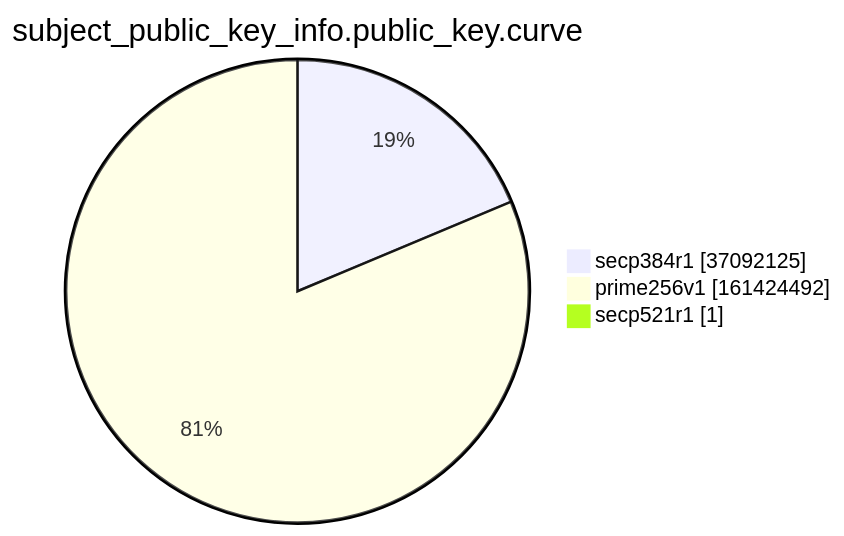
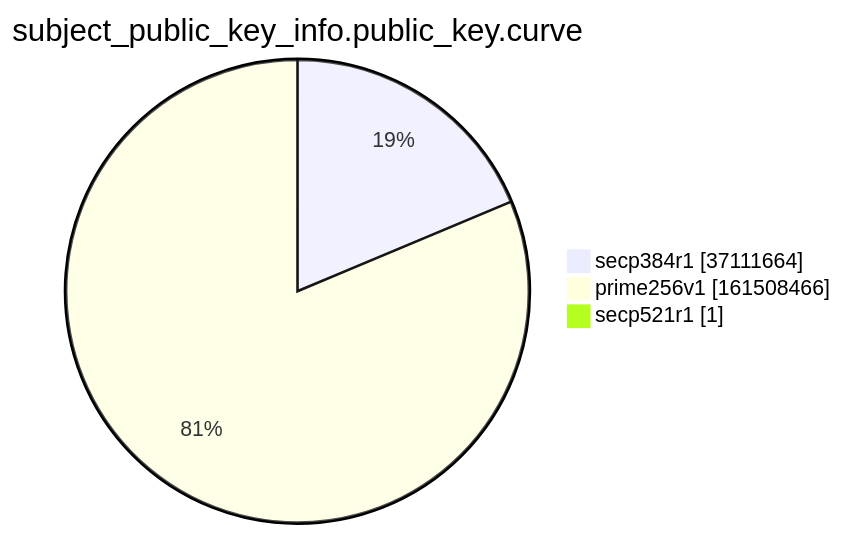
The ninth of 15 diagrams in argon2022/README.md (christiankrug/ctmonitor_visualization), drawn with Mermaid before and after one commit. The commit also changed other lines of this file, not shown here.

````diff
--- a/argon2022/README.md
+++ b/argon2022/README.md
@@ -2766,7 +2766,7 @@
 ```mermaid
 pie showData
 title subject_public_key_info.public_key.curve
-"secp384r1" :37092125
-"prime256v1" :161424492
+"secp384r1" :37111664
+"prime256v1" :161508466
 "secp521r1" :1
 ```
````
